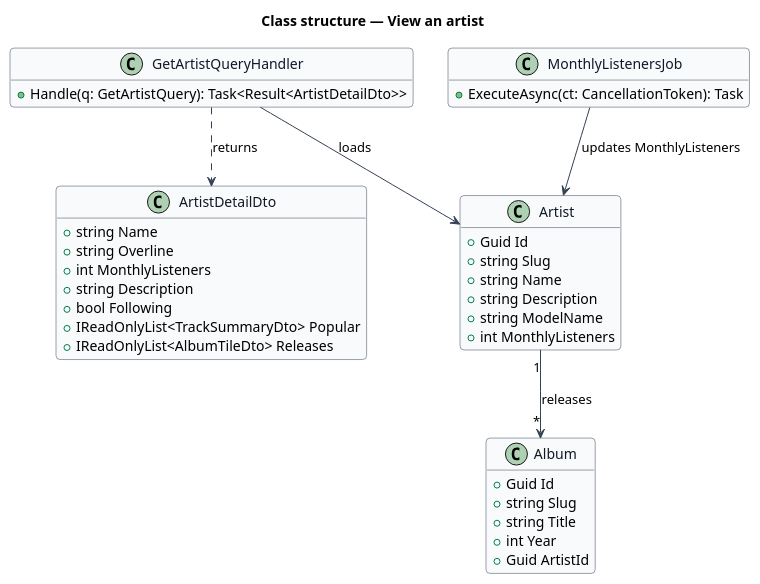
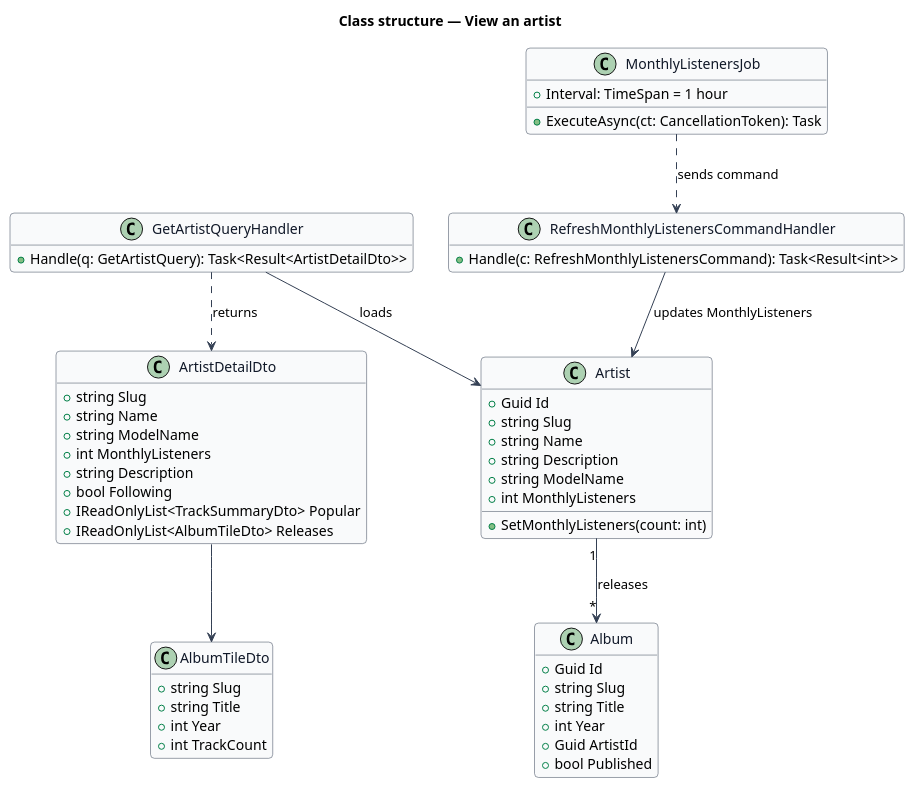
The diagram in docs/detailed-designs/catalogue/view-artist/diagrams/class-structure.puml (QuinntyneBrown/hummi), drawn with PlantUML before and after one commit. The commit also changed 119 other files, not shown here.

First line of the commit message:
Explore catalogue pages: track, artist, album, licence and Not found

```diff
--- a/docs/detailed-designs/catalogue/view-artist/diagrams/class-structure.puml
+++ b/docs/detailed-designs/catalogue/view-artist/diagrams/class-structure.puml
@@ -1,49 +1,64 @@
 @startuml
 skinparam backgroundColor #FFFFFF
 skinparam shadowing false
 skinparam roundcorner 8
 skinparam defaultFontName Arial
 skinparam ArrowColor #344054
 skinparam class {
   BorderColor #344054
   FontColor #101828
   BackgroundColor #F9FAFB
 }
 hide empty members
 title Class structure — View an artist
 
 class Artist {
   +Guid Id
   +string Slug
   +string Name
   +string Description
   +string ModelName
   +int MonthlyListeners
+  +SetMonthlyListeners(count: int)
 }
 class Album {
   +Guid Id
   +string Slug
   +string Title
   +int Year
   +Guid ArtistId
+  +bool Published
 }
 class ArtistDetailDto {
+  +string Slug
   +string Name
-  +string Overline
+  +string ModelName
   +int MonthlyListeners
   +string Description
   +bool Following
   +IReadOnlyList<TrackSummaryDto> Popular
   +IReadOnlyList<AlbumTileDto> Releases
 }
 class GetArtistQueryHandler {
   +Handle(q: GetArtistQuery): Task<Result<ArtistDetailDto>>
 }
+class AlbumTileDto {
+  +string Slug
+  +string Title
+  +int Year
+  +int TrackCount
+}
 class MonthlyListenersJob {
+  +Interval: TimeSpan = 1 hour
   +ExecuteAsync(ct: CancellationToken): Task
+}
+class RefreshMonthlyListenersCommandHandler {
+  +Handle(c: RefreshMonthlyListenersCommand): Task<Result<int>>
 }
 Artist "1" --> "*" Album : releases
 GetArtistQueryHandler --> Artist : loads
 GetArtistQueryHandler ..> ArtistDetailDto : returns
-MonthlyListenersJob --> Artist : updates MonthlyListeners
+ArtistDetailDto --> AlbumTileDto
+MonthlyListenersJob ..> RefreshMonthlyListenersCommandHandler : sends command
+RefreshMonthlyListenersCommandHandler --> Artist : updates MonthlyListeners
 @enduml
```
